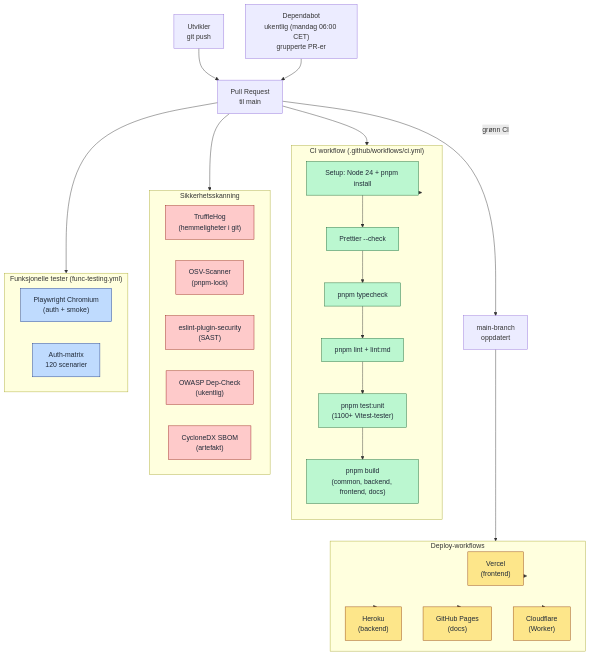
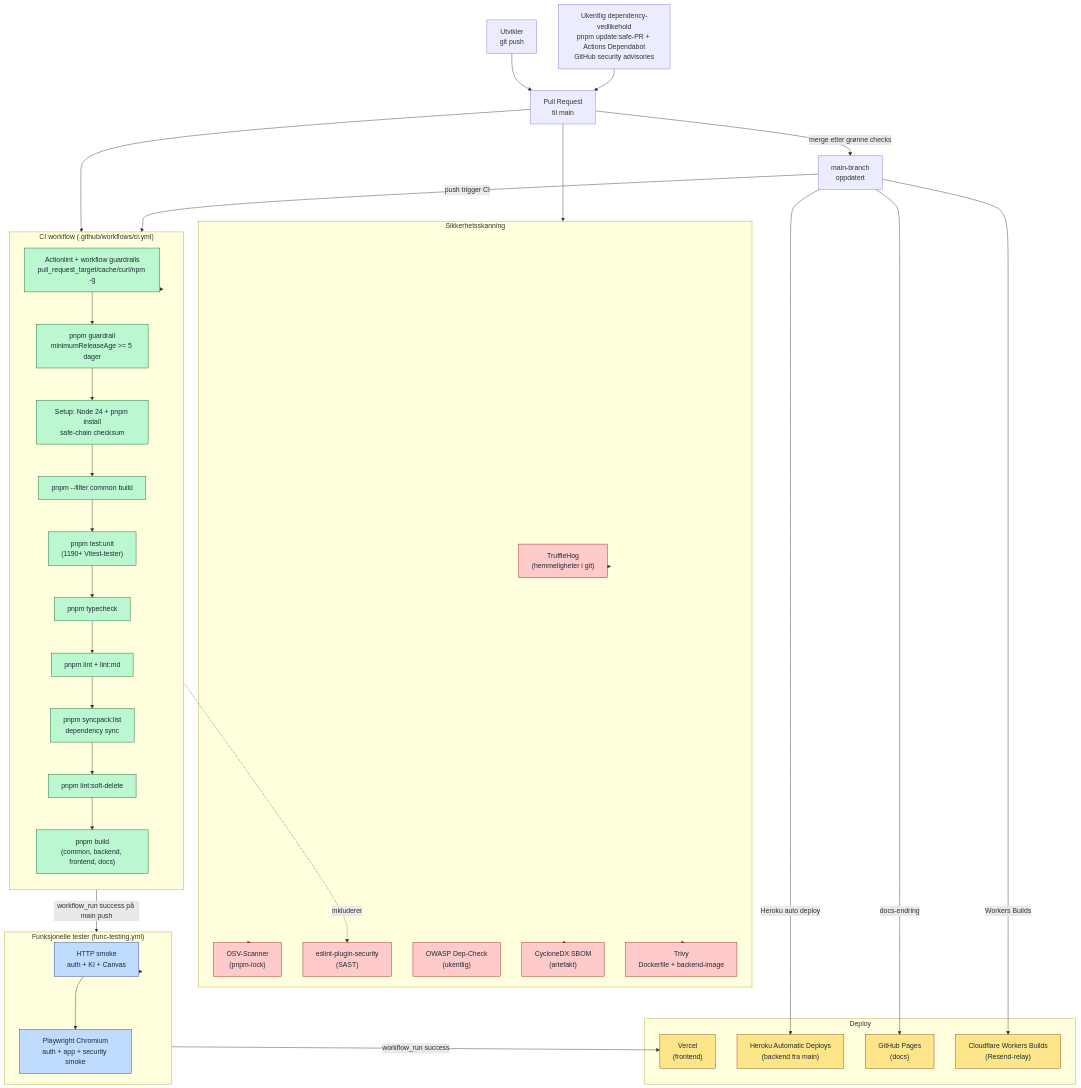
The diagram in filer_prosjekt/diagrammer/15-cicd-pipeline.md (26zl/StudyWise), drawn with Mermaid before and after one commit. The commit also changed other lines of this file and 67 other files, not shown here.

Commit message:
Mitigert for supply chain attacks og oppdatert diagrammer.

````diff
--- a/filer_prosjekt/diagrammer/15-cicd-pipeline.md
+++ b/filer_prosjekt/diagrammer/15-cicd-pipeline.md
@@ -5,64 +5,73 @@
 ```mermaid
 flowchart TB
     DEV["Utvikler<br/>git push"]
     PR["Pull Request<br/>til main"]
     MAIN["main-branch<br/>oppdatert"]
 
     subgraph CI["CI workflow (.github/workflows/ci.yml)"]
         direction TB
-        SETUP["Setup: Node 24 + pnpm install"]
-        FORMAT["Prettier --check"]
+        ACTIONLINT["Actionlint + workflow guardrails<br/>pull_request_target/cache/curl/npm -g"]
+        PNPM_SEC["pnpm guardrail<br/>minimumReleaseAge >= 5 dager"]
+        SETUP["Setup: Node 24 + pnpm install<br/>safe-chain checksum"]
+        COMMON["pnpm --filter common build"]
+        UNIT["pnpm test:unit<br/>(1190+ Vitest-tester)"]
         TYPE["pnpm typecheck"]
         LINT["pnpm lint + lint:md"]
-        UNIT["pnpm test:unit<br/>(1100+ Vitest-tester)"]
+        SYNCPACK["pnpm syncpack:list<br/>dependency sync"]
+        SOFT["pnpm lint:soft-delete"]
         BUILD["pnpm build<br/>(common, backend, frontend, docs)"]
     end
 
     subgraph SEC["Sikkerhetsskanning"]
         TRUFFLE["TruffleHog<br/>(hemmeligheter i git)"]
         OSV["OSV-Scanner<br/>(pnpm-lock)"]
         ESLINT_SEC["eslint-plugin-security<br/>(SAST)"]
         OWASP["OWASP Dep-Check<br/>(ukentlig)"]
         SBOM["CycloneDX SBOM<br/>(artefakt)"]
+        TRIVY["Trivy<br/>Dockerfile + backend-image"]
     end
 
     subgraph FUNC["Funksjonelle tester (func-testing.yml)"]
-        E2E["Playwright Chromium<br/>(auth + smoke)"]
-        AUTH_MX["Auth-matrix<br/>120 scenarier"]
+        SMOKE["HTTP smoke<br/>auth + KI + Canvas"]
+        E2E["Playwright Chromium<br/>auth + app + security smoke"]
     end
 
-    subgraph DEPLOY["Deploy-workflows"]
+    subgraph DEPLOY["Deploy"]
         VERCEL["Vercel<br/>(frontend)"]
-        HEROKU["Heroku<br/>(backend)"]
+        HEROKU["Heroku Automatic Deploys<br/>(backend fra main)"]
         PAGES["GitHub Pages<br/>(docs)"]
-        CFW["Cloudflare<br/>(Worker)"]
+        CFW["Cloudflare Workers Builds<br/>(Resend-relay)"]
     end
 
-    DEPENDABOT["Dependabot<br/>ukentlig (mandag 06:00 CET)<br/>grupperte PR-er"]
+    DEPS["Ukentlig dependency-vedlikehold<br/>pnpm update:safe-PR + Actions Dependabot<br/>GitHub security advisories"]
 
     DEV --> PR
     PR --> CI
     PR --> SEC
-    PR --> FUNC
 
-    CI --> SETUP --> FORMAT --> TYPE --> LINT --> UNIT --> BUILD
+    CI --> ACTIONLINT --> PNPM_SEC --> SETUP --> COMMON --> UNIT --> TYPE --> LINT --> SYNCPACK --> SOFT --> BUILD
+    SEC --> OSV
+    SEC --> SBOM
+    SEC --> TRIVY
+    SEC --> TRUFFLE
+    LINT -.inkluderer.-> ESLINT_SEC
+    DEPS --> PR
 
-    PR -->|grønn CI| MAIN
-    MAIN --> DEPLOY
-
-    DEPLOY --> VERCEL
-    DEPLOY --> HEROKU
-    DEPLOY --> PAGES
-    DEPLOY --> CFW
-
-    DEPENDABOT --> PR
+    PR -->|merge etter grønne checks| MAIN
+    MAIN -->|push trigger CI| CI
+    CI -->|workflow_run success på main push| FUNC
+    FUNC --> SMOKE --> E2E
+    FUNC -->|workflow_run success| VERCEL
+    MAIN -->|Heroku auto deploy| HEROKU
+    MAIN -->|docs-endring| PAGES
+    MAIN -->|Workers Builds| CFW
 
     classDef build fill:#bbf7d0,stroke:#166534,color:#1f2937
     classDef sec fill:#fecaca,stroke:#991b1b,color:#1f2937
     classDef test fill:#bfdbfe,stroke:#1e3a8a,color:#1f2937
     classDef deploy fill:#fde68a,stroke:#92400e,color:#1f2937
-    class SETUP,FORMAT,TYPE,LINT,UNIT,BUILD build
-    class TRUFFLE,OSV,ESLINT_SEC,OWASP,SBOM sec
-    class E2E,AUTH_MX test
+    class ACTIONLINT,PNPM_SEC,SETUP,COMMON,TYPE,LINT,UNIT,SYNCPACK,SOFT,BUILD build
+    class TRUFFLE,OSV,ESLINT_SEC,OWASP,SBOM,TRIVY sec
+    class E2E,SMOKE test
     class VERCEL,HEROKU,PAGES,CFW deploy
 ```
````
